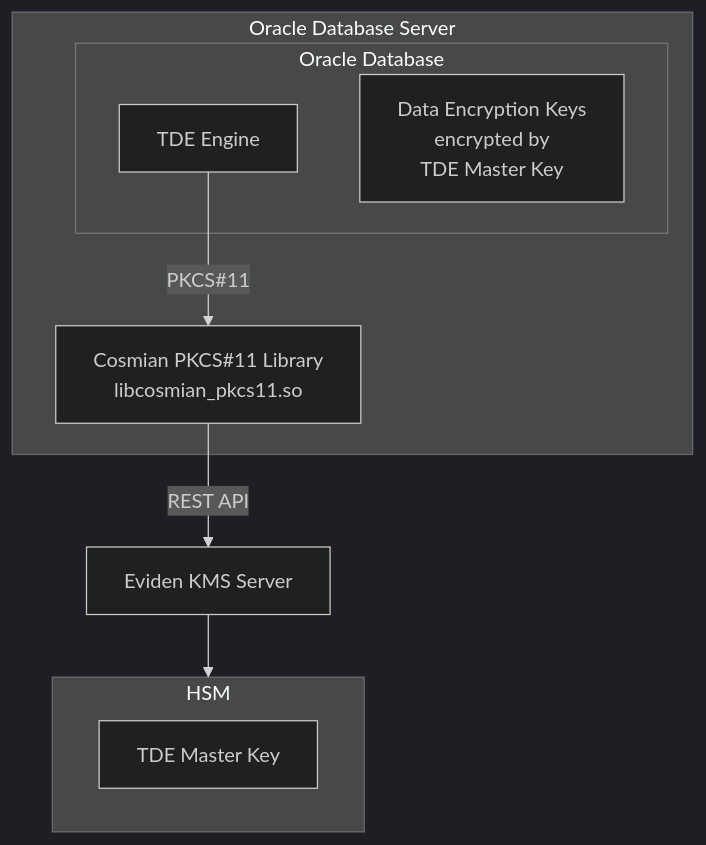
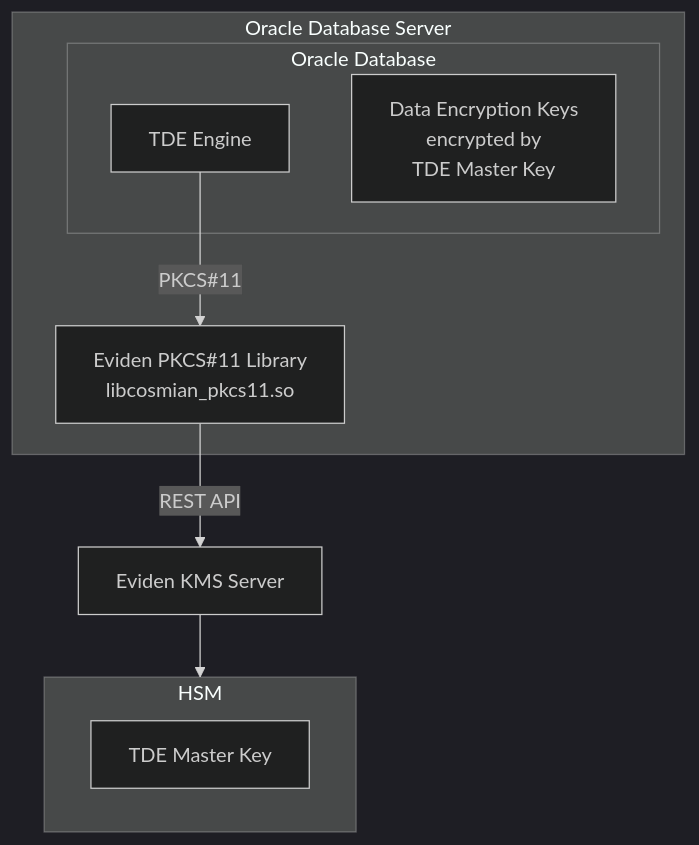
The second of 2 diagrams in documentation/docs/integrations/databases/oracle_tde.md (Cosmian/kms), drawn with Mermaid (dark theme) before and after one commit. The commit also changed other lines of this file and 135 other files, not shown here.

````diff
--- a/documentation/docs/integrations/databases/oracle_tde.md
+++ b/documentation/docs/integrations/databases/oracle_tde.md
@@ -112,19 +112,19 @@
 ```mermaid
 graph TD
     subgraph oracle_server[Oracle Database Server]
         subgraph oracle_db[Oracle Database]
             tde_engine[TDE Engine]
             dek[Data Encryption Keys
             encrypted by
             TDE Master Key]
         end
-        pkcs11[Cosmian PKCS#11 Library
+        pkcs11[Eviden PKCS#11 Library
         libcosmian_pkcs11.so]
     end
     tde_engine -- PKCS#11 --> pkcs11
     pkcs11 -- REST API --> KMS[Eviden KMS Server]
     KMS --> HSM
     subgraph HSM[HSM]
         master_key[TDE Master Key]
     end
 ```
````
